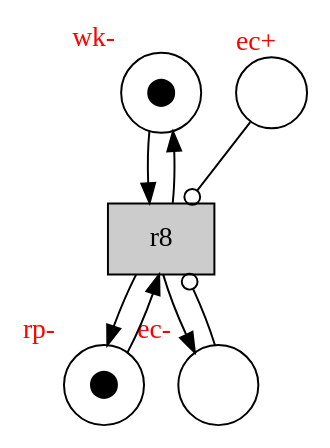
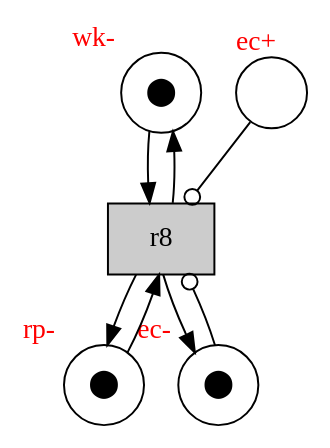
Before and after one commit to giannkas/ecofolder: the diagram in examples/termites/termites_rule8_pr_net.dot, drawn with Graphviz. The commit also changed 75 other files, not shown here.

Commit message:
adding examples of urchins in Tasmania. Now one can specify a configuration to show its corresponding firing sequence and marking. No segmentation fault found!

```diff
--- a/examples/termites/termites_rule8_pr_net.dot
+++ b/examples/termites/termites_rule8_pr_net.dot
@@ -1,14 +1,14 @@
 digraph test {
   p1 -> t1;
   p2 -> t1;
   t1 -> p1;
   t1 -> p2;
   t1 -> p3;
   p3 -> t1 [arrowhead=odot];
   p4 -> t1 [arrowhead=odot];
   p1 [label="⬤" xlabel= <<FONT COLOR="red">wk-</FONT>> shape=circle ];
   p2 [label="⬤" xlabel= <<FONT COLOR="red">rp-</FONT>> shape=circle ];
-  p3 [fontcolor="white" label="⬤" xlabel= <<FONT COLOR="red">ec-</FONT>> shape=circle ];
+  p3 [fontcolor="" label="⬤" xlabel= <<FONT COLOR="red">ec-</FONT>> shape=circle ];
   p4 [label="" xlabel= <<FONT COLOR="red">ec+</FONT>> shape=circle ];
   t1 [fillcolor="#cccccc" label="r8" shape=box style=filled];
 }
```
